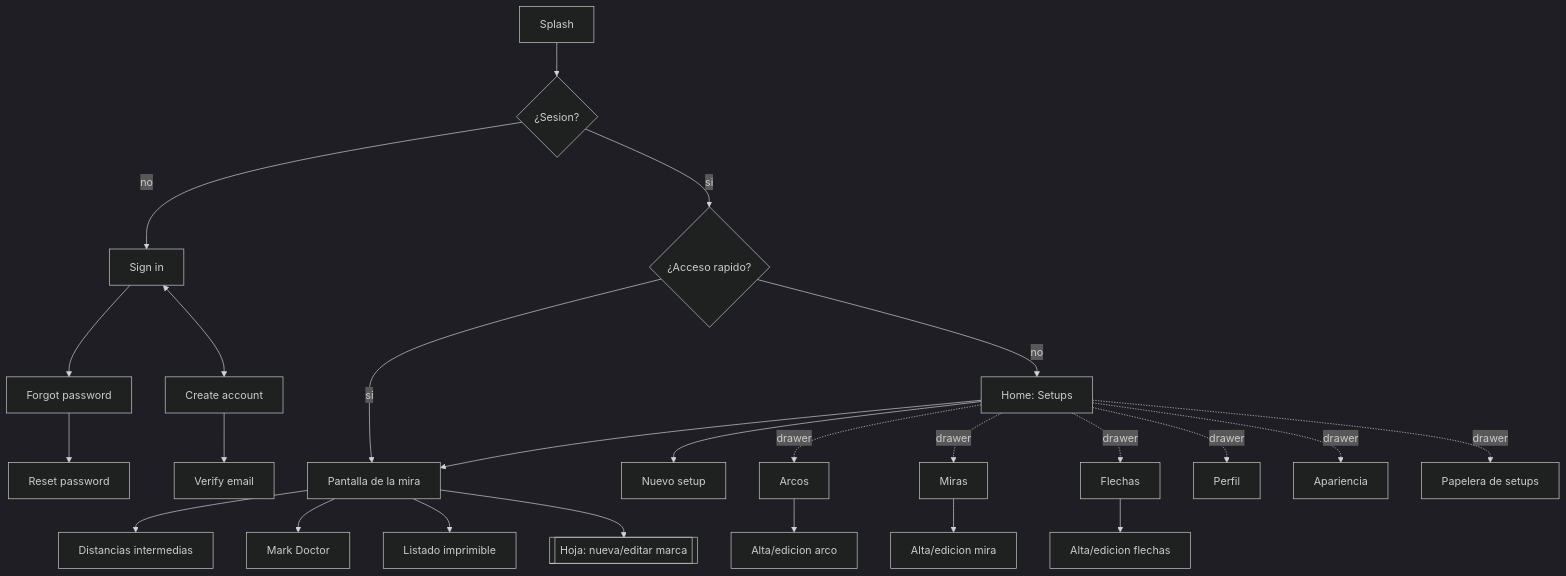
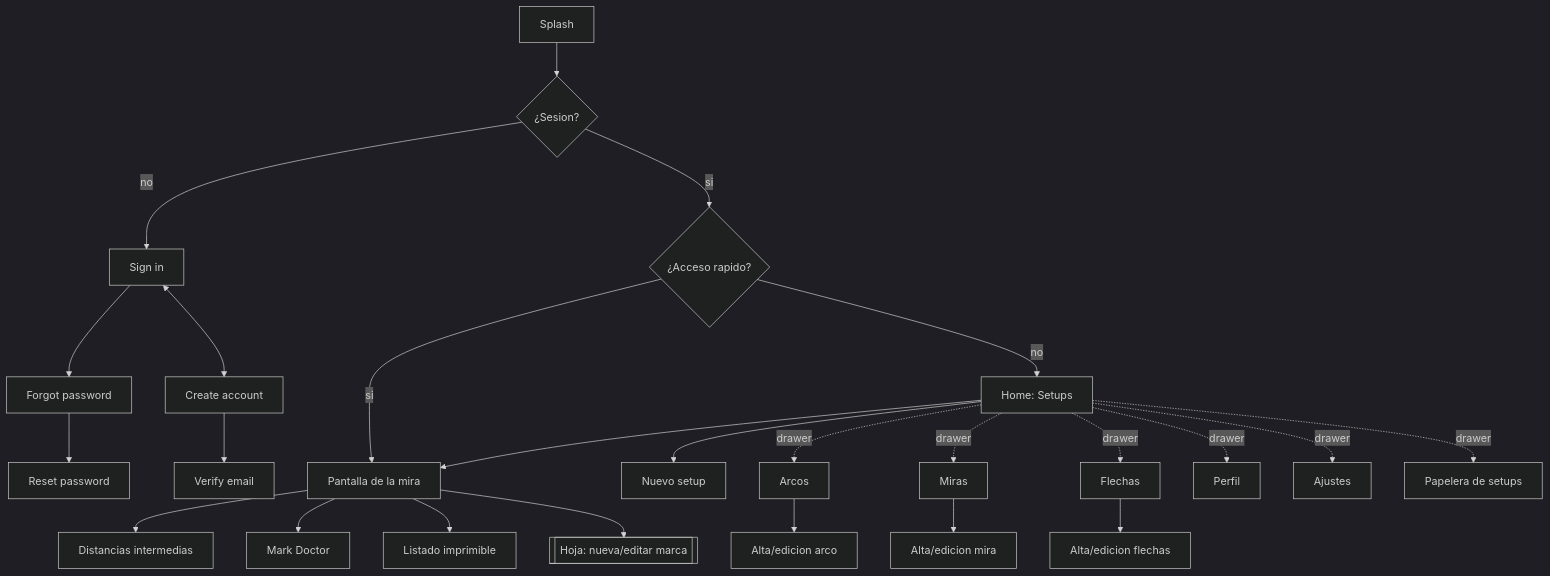
Before and after one commit to BraianVaylet/sight-mapper-archery-project: the first of 2 diagrams in docs/FUNCIONAL.md, drawn with Mermaid (dark theme). The commit also changed other lines of this file and 12 other files, not shown here.

````diff
--- a/docs/FUNCIONAL.md
+++ b/docs/FUNCIONAL.md
@@ -11,22 +11,22 @@
 ```mermaid
 flowchart TD
   splash[Splash] --> auth{¿Sesion?}
   auth -- no --> signin[Sign in]
   signin <--> signup[Create account]
   signin --> forgot[Forgot password] --> reset[Reset password]
   signup --> verify[Verify email]
   auth -- si --> quick{¿Acceso rapido?}
   quick -- si --> sight[Pantalla de la mira]
   quick -- no --> home[Home: Setups]
   home --> newsetup[Nuevo setup]
   home --> sight
   sight --> distances[Distancias intermedias]
   sight --> doctor[Mark Doctor]
   sight --> print[Listado imprimible]
   sight --> marksheet[[Hoja: nueva/editar marca]]
-  home -. drawer .-> bows[Arcos] & sights[Miras] & arrows[Flechas] & profile[Perfil] & appearance[Apariencia]
+  home -. drawer .-> bows[Arcos] & sights[Miras] & arrows[Flechas] & profile[Perfil] & settings[Ajustes]
   bows --> bowform[Alta/edicion arco]
   sights --> sightform[Alta/edicion mira]
   arrows --> arrowform[Alta/edicion flechas]
   home -. drawer .-> trash[Papelera de setups]
 ```
````
